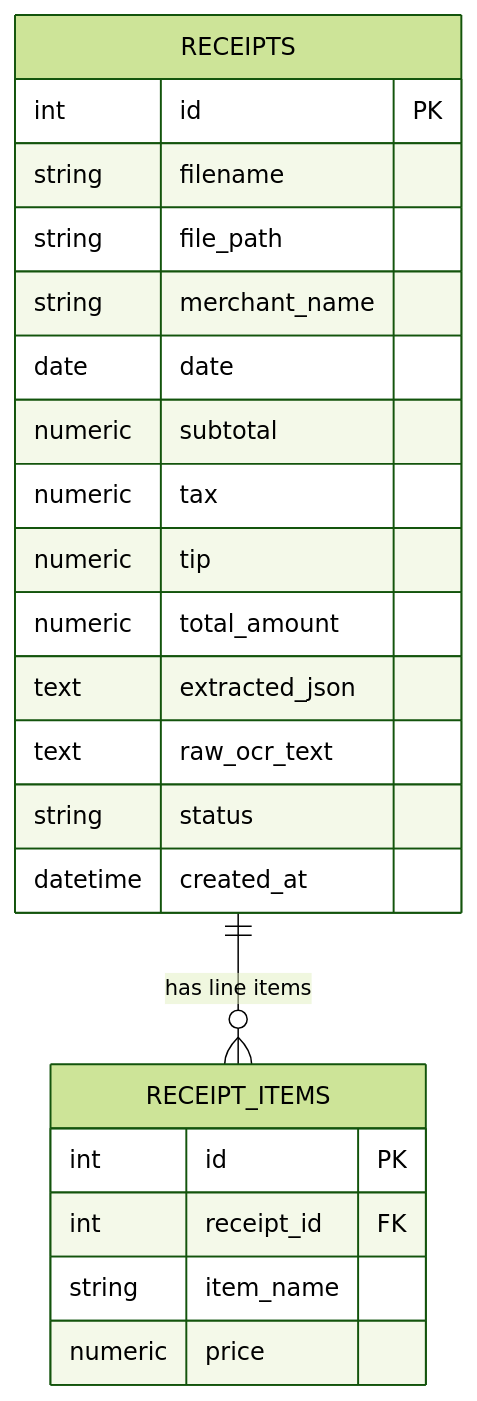
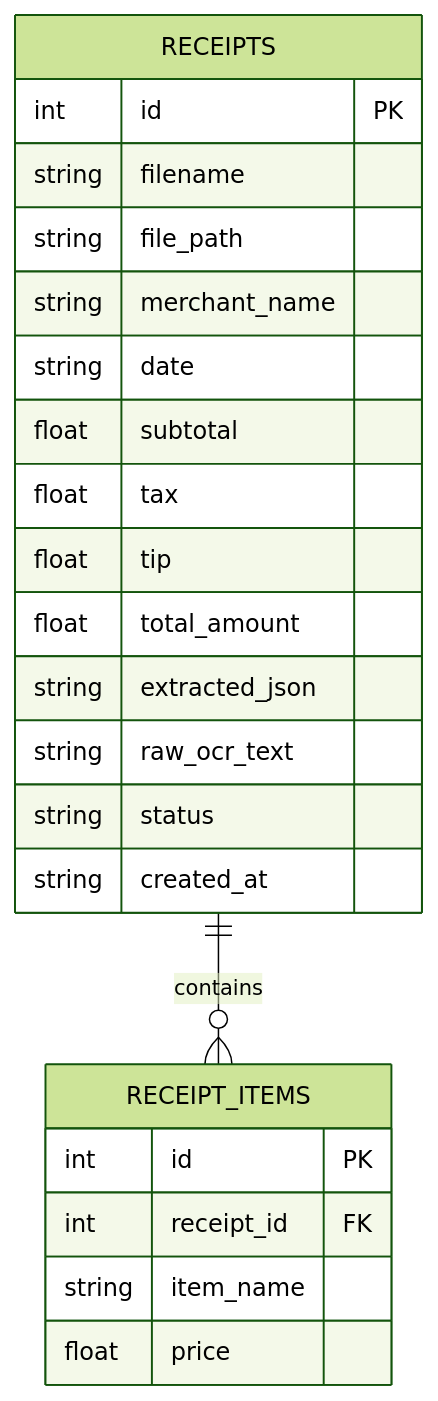
The second of 2 diagrams in README.md (Manvendra9830/Expense-Dispatcher-Agent-System), drawn with Mermaid (forest theme) before and after one commit. The commit also changed other lines of this file, not shown here.

Commit message:
docs: fix GitHub Mermaid architecture diagrams

````diff
--- a/README.md
+++ b/README.md
@@ -367,25 +369,25 @@
 ```mermaid
 erDiagram
-    RECEIPTS ||--o{ RECEIPT_ITEMS : "has line items"
+    RECEIPTS ||--o{ RECEIPT_ITEMS : contains
     RECEIPTS {
         int id PK
         string filename
         string file_path
         string merchant_name
-        date date
-        numeric subtotal
-        numeric tax
-        numeric tip
-        numeric total_amount
-        text extracted_json
-        text raw_ocr_text
+        string date
+        float subtotal
+        float tax
+        float tip
+        float total_amount
+        string extracted_json
+        string raw_ocr_text
         string status
-        datetime created_at
+        string created_at
     }
     RECEIPT_ITEMS {
         int id PK
         int receipt_id FK
         string item_name
-        numeric price
+        float price
     }
 ```
````
